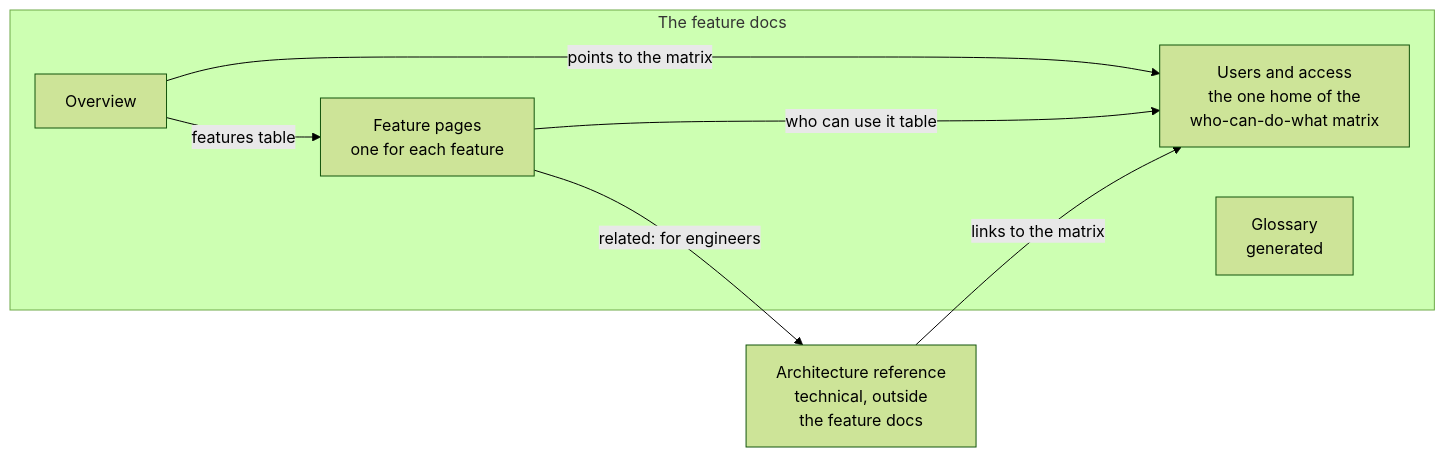
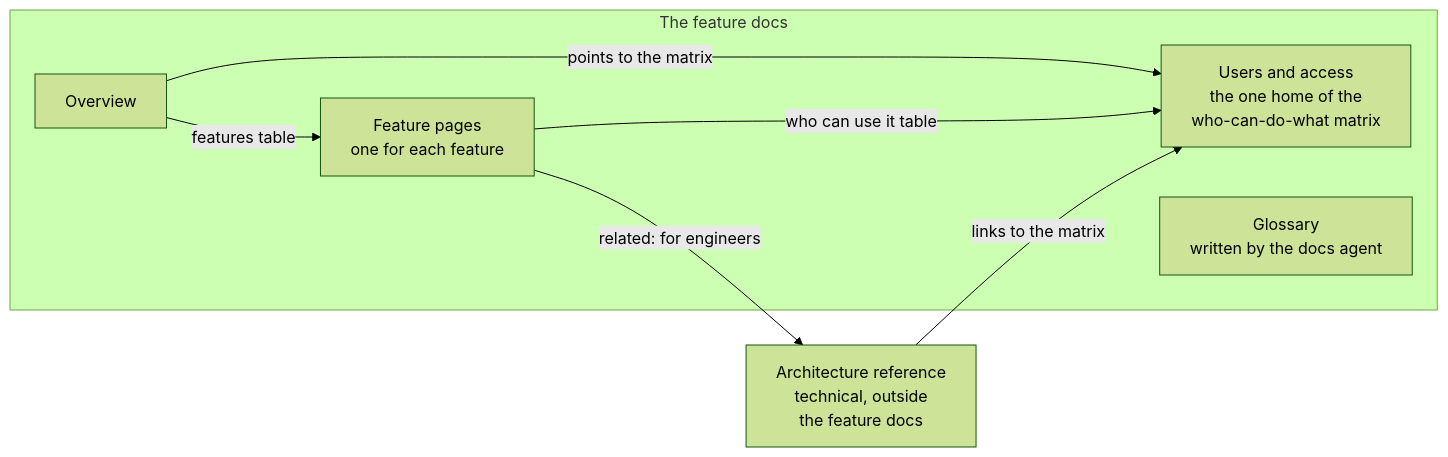
One commit to chandanbsd/baseline-framework changed the first of 7 diagrams in standard/06-feature-docs.md. Above: the diagram before and after it, drawn with Mermaid (forest theme). The commit also changed other lines of this file and 10 other files, not shown here.

````diff
--- a/standard/06-feature-docs.md
+++ b/standard/06-feature-docs.md
@@ -34,15 +34,15 @@
 ```mermaid
 flowchart LR
     subgraph FD["The feature docs"]
         OV["Overview"]
         F["Feature pages<br/>one for each feature"]
         AC["Users and access<br/>the one home of the<br/>who-can-do-what matrix"]
-        GL["Glossary<br/>generated"]
+        GL["Glossary<br/>written by the docs agent"]
     end
     AR["Architecture reference<br/>technical, outside<br/>the feature docs"]
     OV -->|"features table"| F
     OV -->|"points to the matrix"| AC
     F -->|"who can use it table"| AC
     F -->|"related: for engineers"| AR
     AR -->|"links to the matrix"| AC
 ```
````
